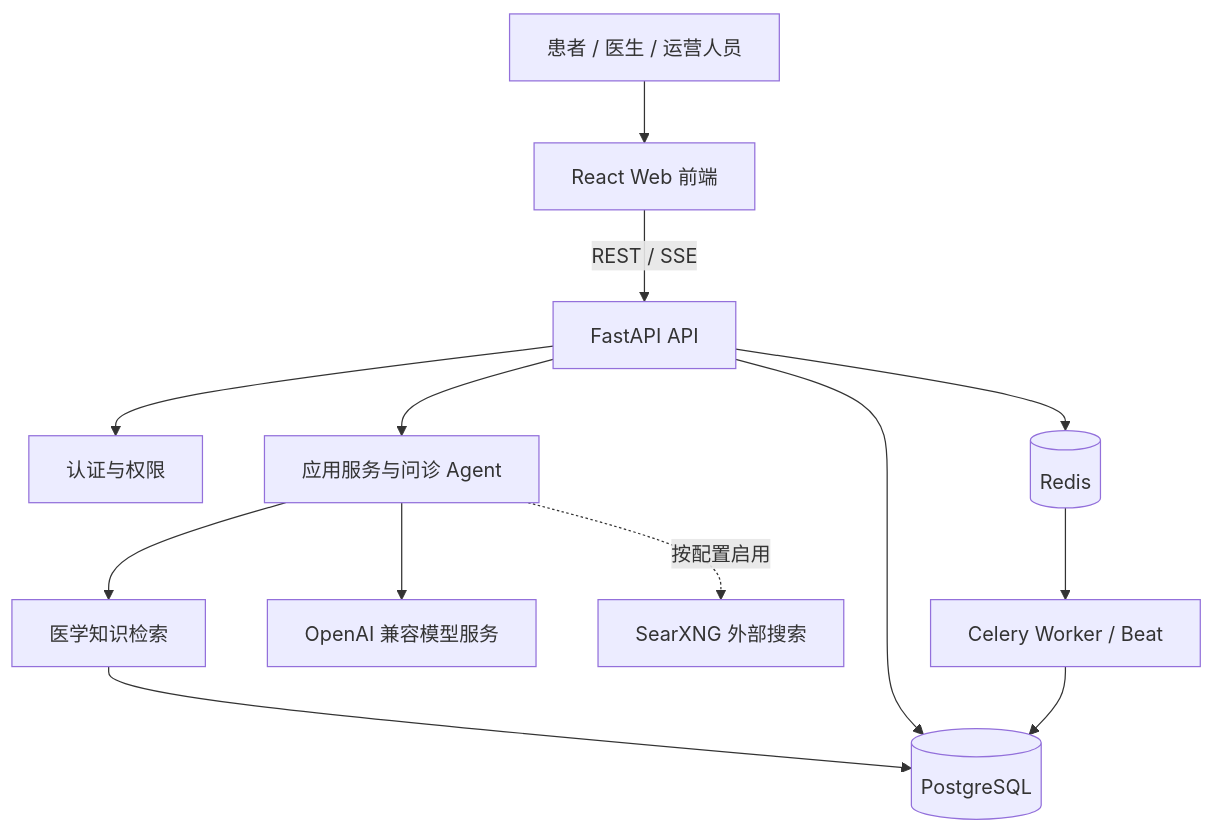
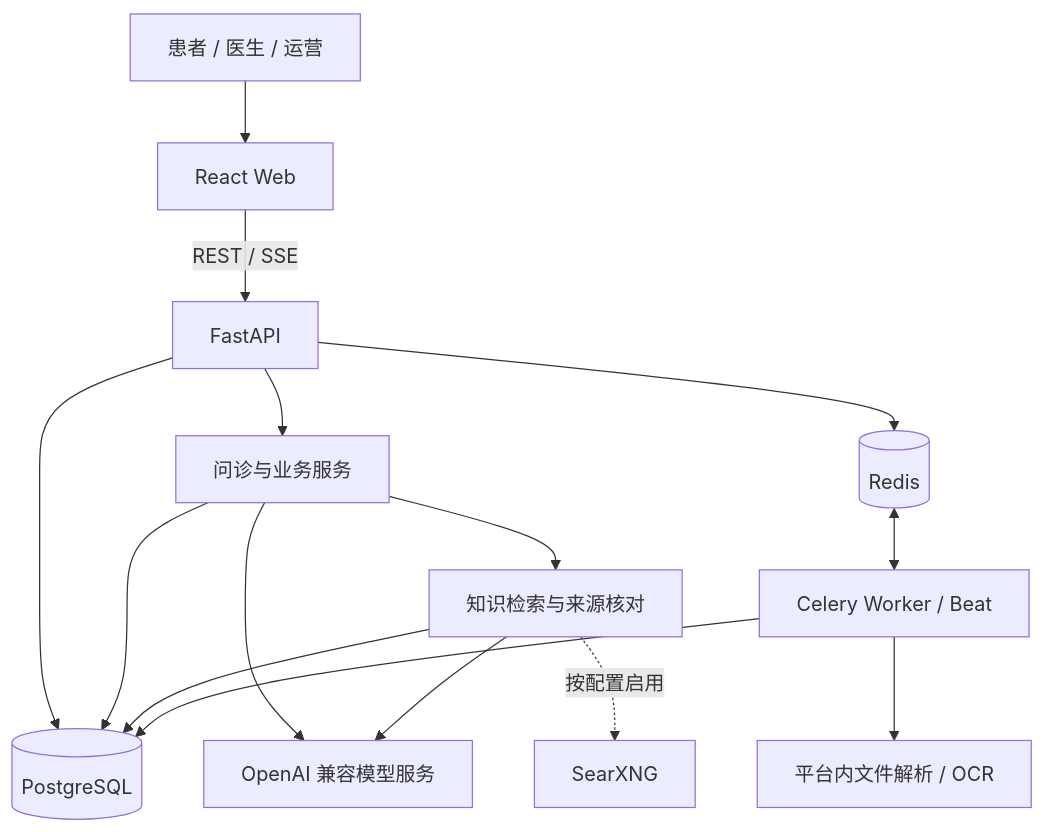
The third of 3 diagrams in README.md (Echogithu/medaxis), drawn with Mermaid before and after one commit. The commit also changed other lines of this file and 23 other files, not shown here.

````diff
--- a/README.md
+++ b/README.md
@@ -55,15 +120,17 @@
 ```mermaid
 flowchart TD
-  users["患者 / 医生 / 运营人员"] --> web["React Web 前端"]
-  web -->|REST / SSE| api["FastAPI API"]
-  api --> auth["认证与权限"]
-  api --> services["应用服务与问诊 Agent"]
-  services --> rag["医学知识检索"]
-  rag --> postgres[(PostgreSQL)]
-  api --> postgres
-  services --> model["OpenAI 兼容模型服务"]
-  services -. 按配置启用 .-> search["SearXNG 外部搜索"]
-  api --> redis[(Redis)]
-  redis --> celery["Celery Worker / Beat"]
-  celery --> postgres
+  U[患者 / 医生 / 运营] --> W[React Web]
+  W -->|REST / SSE| A[FastAPI]
+  A --> S[问诊与业务服务]
+  A --> D[(PostgreSQL)]
+  S --> D
+  S --> R[知识检索与来源核对]
+  R --> D
+  S --> M[OpenAI 兼容模型服务]
+  R --> M
+  R -. 按配置启用 .-> X[SearXNG]
+  A --> Q[(Redis)]
+  Q <--> C[Celery Worker / Beat]
+  C --> D
+  C --> O[平台内文件解析 / OCR]
 ```
````
